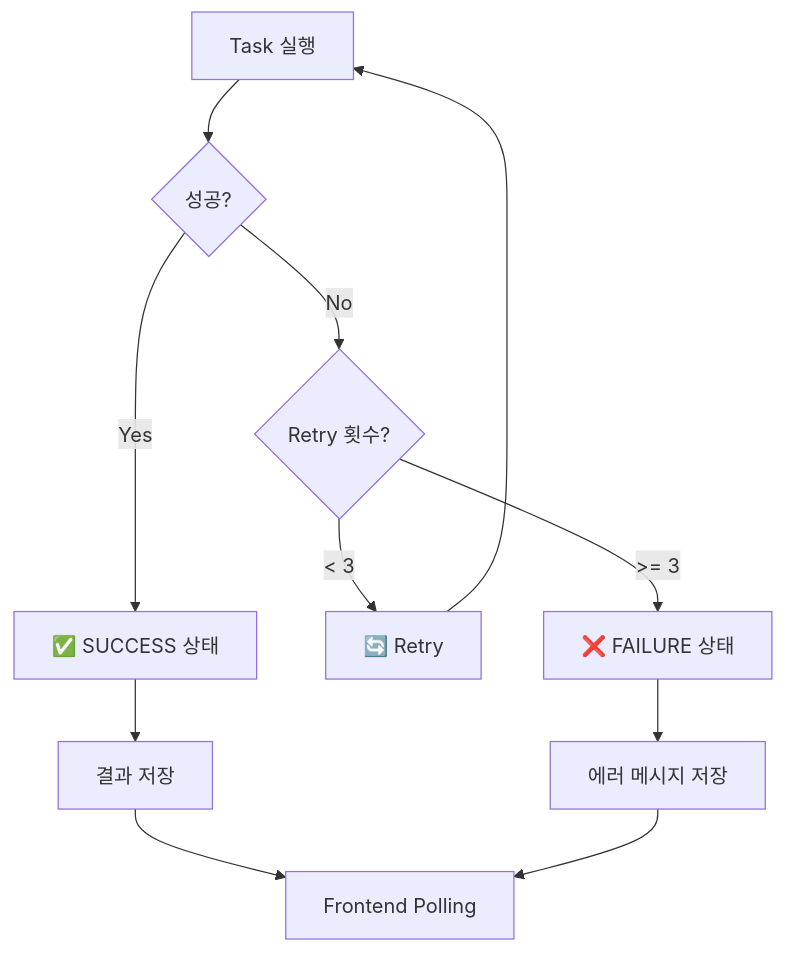
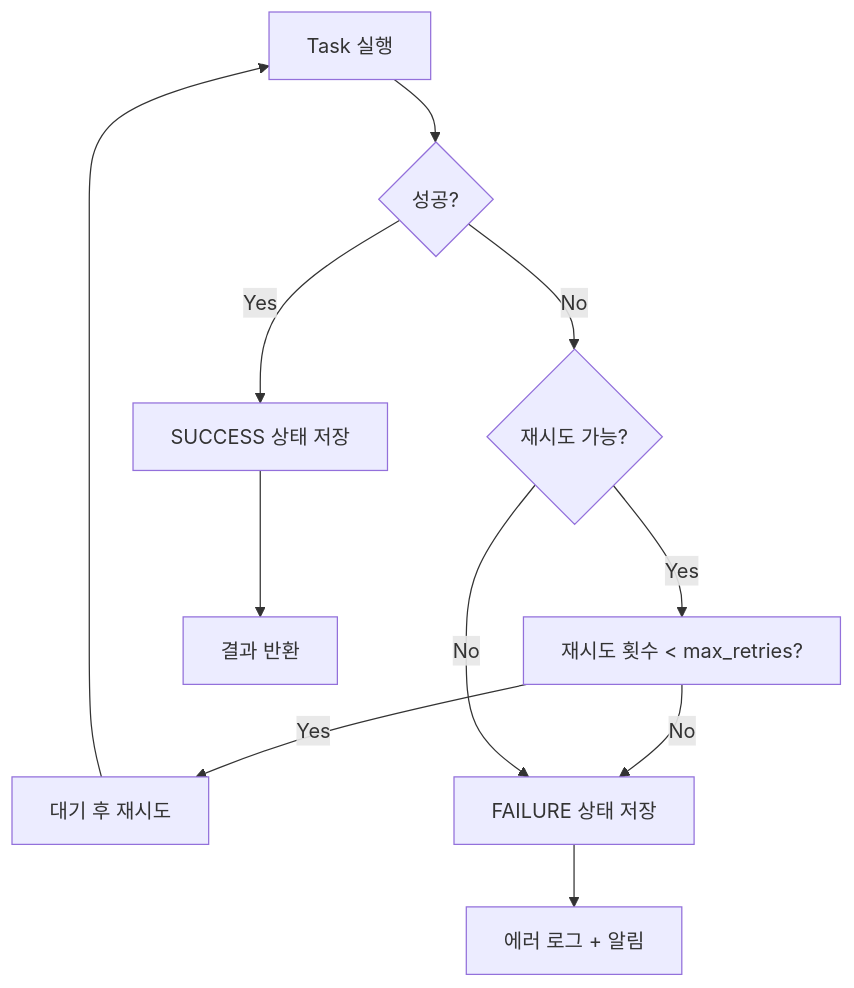
Before and after one commit to gun9212/2025Winter_4th: the eighth of 9 diagrams in docs/COMMUNICATION_FLOW.md, drawn with Mermaid. The commit also changed other lines of this file and 3 other files, not shown here.

Commit message:
"fix: API, DB스키마, Celery Task, 추가 기능 FLOW 마크다운 파일 최신화 반영"

````diff
--- a/docs/COMMUNICATION_FLOW.md
+++ b/docs/COMMUNICATION_FLOW.md
@@ -258,15 +388,13 @@
 ```mermaid
 flowchart TD
     A[Task 실행] --> B{성공?}
-    B -->|Yes| C[✅ SUCCESS 상태]
-    B -->|No| D{Retry 횟수?}
-    D -->|< 3| E[🔄 Retry]
-    E --> A
-    D -->|>= 3| F[❌ FAILURE 상태]
-    
-    C --> G[결과 저장]
-    F --> H[에러 메시지 저장]
-    
-    G --> I[Frontend Polling]
-    H --> I
+    B -->|Yes| C[SUCCESS 상태 저장]
+    B -->|No| D{재시도 가능?}
+    D -->|Yes| E[재시도 횟수 < max_retries?]
+    E -->|Yes| F[대기 후 재시도]
+    E -->|No| G[FAILURE 상태 저장]
+    D -->|No| G
+    F --> A
+    C --> H[결과 반환]
+    G --> I[에러 로그 + 알림]
 ```
````
